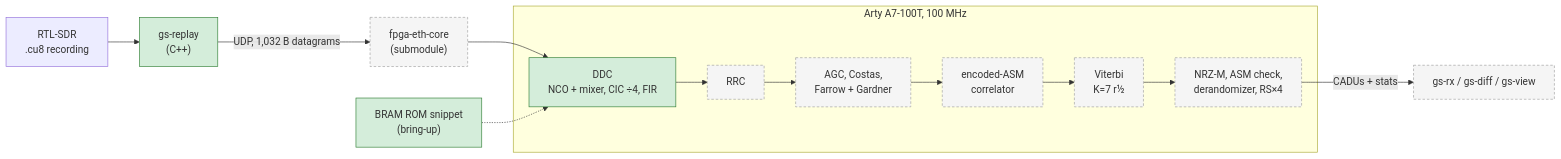
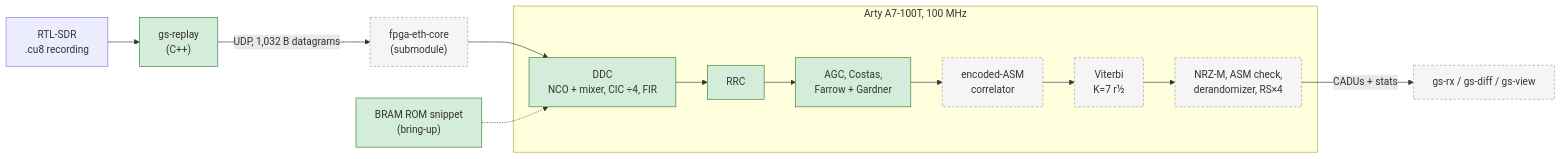
One commit to RodeanAzari/ccsds-meteor-lrpt-receiver changed the diagram in README.md. Above: the diagram before and after it, drawn with Mermaid. The commit also changed other lines of this file and 36 other files, not shown here.

````diff
--- a/README.md
+++ b/README.md
@@ -79,19 +80,19 @@
 ```mermaid
 flowchart LR
     SDR["RTL-SDR<br/>.cu8 recording"] --> GSR["gs-replay<br/>(C++)"]
     GSR -- "UDP, 1,032 B datagrams" --> ETH["fpga-eth-core<br/>(submodule)"]
     ETH --> DDC
     ROM["BRAM ROM snippet<br/>(bring-up)"] -.-> DDC
     subgraph FPGA ["Arty A7-100T, 100 MHz"]
         DDC["DDC<br/>NCO + mixer, CIC ÷4, FIR"] --> RRC["RRC"]
         RRC --> SYNC["AGC, Costas,<br/>Farrow + Gardner"]
         SYNC --> FS["encoded-ASM<br/>correlator"]
         FS --> VIT["Viterbi<br/>K=7 r½"]
         VIT --> BACK["NRZ-M, ASM check,<br/>derandomizer, RS×4"]
     end
     BACK -- "CADUs + stats" --> GS["gs-rx / gs-diff / gs-view"]
     classDef done fill:#d4edda,stroke:#2e7d32;
     classDef todo fill:#f5f5f5,stroke:#9e9e9e,stroke-dasharray: 4 3;
-    class DDC,GSR,ROM done;
-    class ETH,RRC,SYNC,FS,VIT,BACK,GS todo;
+    class DDC,GSR,ROM,RRC,SYNC done;
+    class ETH,FS,VIT,BACK,GS todo;
 ```
````
